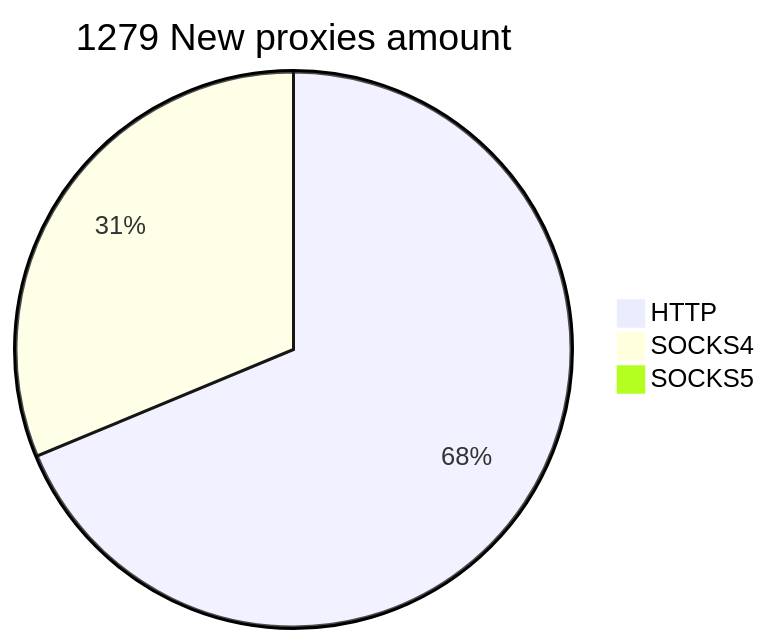
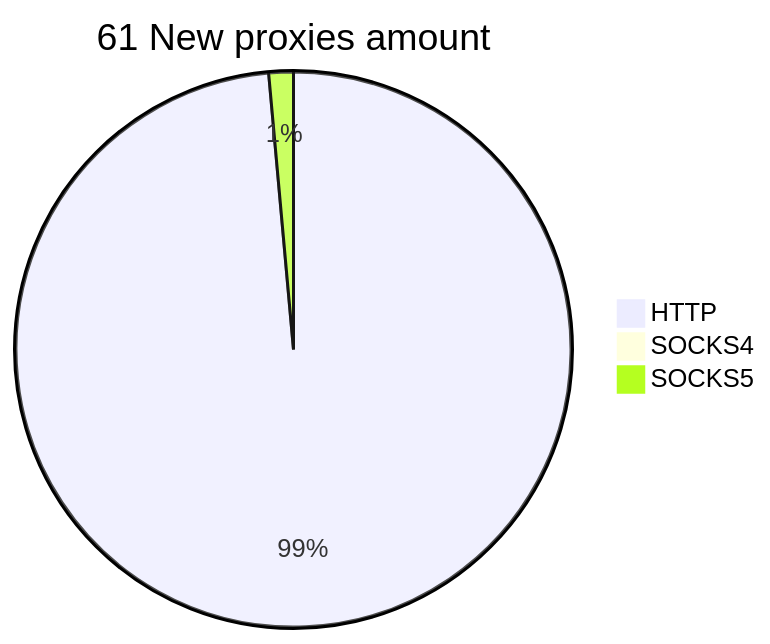
One commit to cutipu/proxylist changed the second of 2 diagrams in README.md. Above: the diagram before and after it, drawn with Mermaid. The commit also changed other lines of this file, not shown here.

````diff
--- a/README.md
+++ b/README.md
@@ -10,6 +10,6 @@
 ```mermaid
-pie title 1279 New proxies amount
-    "HTTP" : 875
-    "SOCKS4" : 398
-    "SOCKS5" : 6
+pie title 61 New proxies amount
+    "HTTP" : 69
+    "SOCKS4" : 0
+    "SOCKS5" : 1
 ```
````
